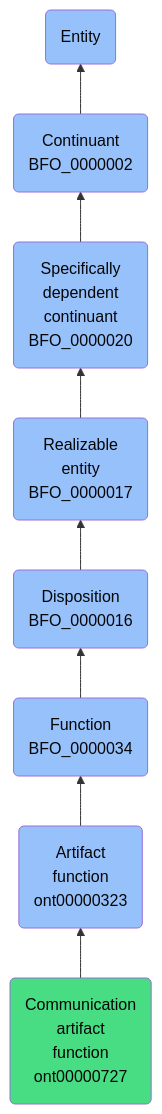
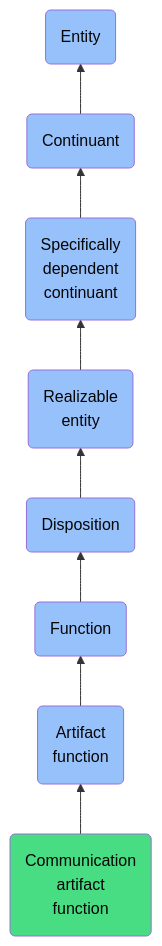
Before and after one commit to jupyter-naas/abi: the diagram in docs/ontology/reference/model/Entity/Continuant/Specifically dependent continuant/Realizable entity/Disposition/Function/Artifact function/Communication artifact function/Communication artifact function.md, drawn with Mermaid. The commit also changed other lines of this file and 1430 other files, not shown here.

````diff
--- a/docs/ontology/reference/model/Entity/Continuant/Specifically dependent continuant/Realizable entity/Disposition/Function/Artifact function/Communication artifact function/Communication artifact function.md
+++ b/docs/ontology/reference/model/Entity/Continuant/Specifically dependent continuant/Realizable entity/Disposition/Function/Artifact function/Communication artifact function/Communication artifact function.md
@@ -24,15 +24,15 @@
 ```mermaid
 graph BT
-    ont00000727(Communication<br>artifact<br>function<br>ont00000727):::ABI-->ont00000323
-    ont00000323(Artifact<br>function<br>ont00000323):::BFO-->BFO_0000034
-    BFO_0000034(Function<br>BFO_0000034):::BFO-->BFO_0000016
-    BFO_0000016(Disposition<br>BFO_0000016):::BFO-->BFO_0000017
-    BFO_0000017(Realizable<br>entity<br>BFO_0000017):::BFO-->BFO_0000020
-    BFO_0000020(Specifically<br>dependent<br>continuant<br>BFO_0000020):::BFO-->BFO_0000002
-    BFO_0000002(Continuant<br>BFO_0000002):::BFO-->BFO_0000001
+    ont00000727(Communication<br>artifact<br>function):::ABI-->ont00000323
+    ont00000323(Artifact<br>function):::BFO-->BFO_0000034
+    BFO_0000034(Function):::BFO-->BFO_0000016
+    BFO_0000016(Disposition):::BFO-->BFO_0000017
+    BFO_0000017(Realizable<br>entity):::BFO-->BFO_0000020
+    BFO_0000020(Specifically<br>dependent<br>continuant):::BFO-->BFO_0000002
+    BFO_0000002(Continuant):::BFO-->BFO_0000001
     BFO_0000001(Entity):::BFO
     
     classDef BFO fill:#97c1fb,color:#060606
     classDef CCO fill:#e4c51e,color:#060606
     classDef ABI fill:#48DD82,color:#060606
 ```
````
